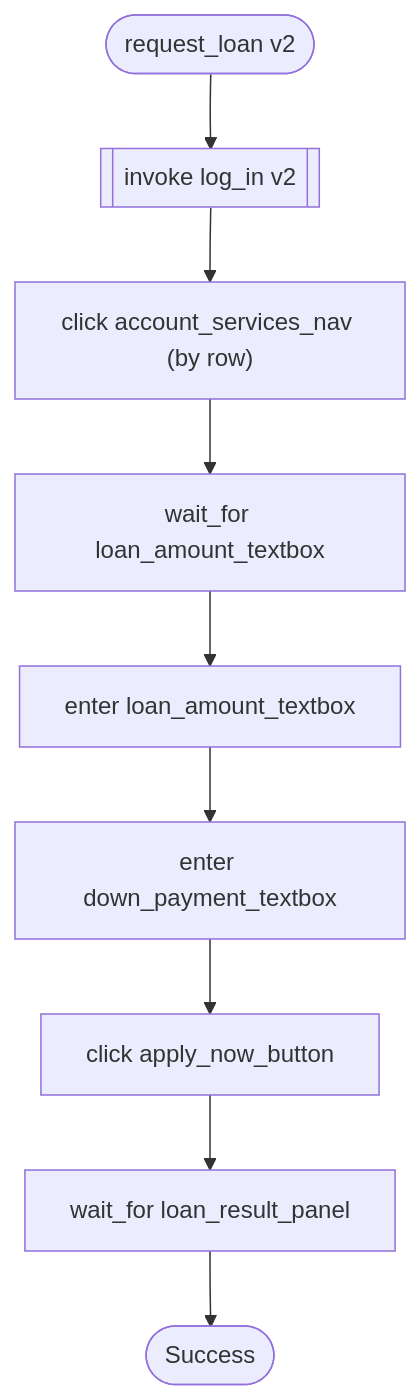
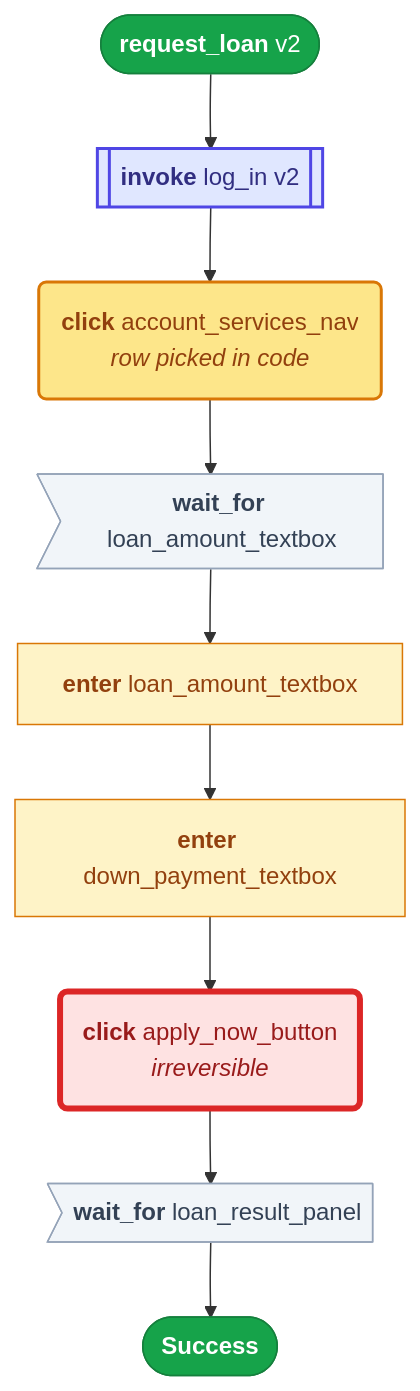
Before and after one commit to borisdev/ai_computer_use: the fourth of 5 diagrams in CAPABILITIES.md, drawn with Mermaid. The commit also changed other lines of this file and 4 other files, not shown here.

````diff
--- a/CAPABILITIES.md
+++ b/CAPABILITIES.md
@@ -134,20 +204,26 @@
 ```mermaid
 flowchart TD
-    start(["request_loan v2"])
-    n0[["invoke log_in v2"]]
+    start(["<b>request_loan</b> v2"]):::good
+    n0[["<b>invoke</b> log_in v2"]]:::invoke
     start --> n0
-    n1["click account_services_nav (by row)"]
+    n1("<b>click</b> account_services_nav<br/><i>row picked in code</i>"):::act
     n0 --> n1
-    n2["wait_for loan_amount_textbox"]
+    n2>"<b>wait_for</b> loan_amount_textbox"]:::look
     n1 --> n2
-    n3["enter loan_amount_textbox"]
+    n3["<b>enter</b> loan_amount_textbox"]:::write
     n2 --> n3
-    n4["enter down_payment_textbox"]
+    n4["<b>enter</b> down_payment_textbox"]:::write
     n3 --> n4
-    n5["click apply_now_button"]
+    n5("<b>click</b> apply_now_button<br/><i>irreversible</i>"):::risky
     n4 --> n5
-    n6["wait_for loan_result_panel"]
+    n6>"<b>wait_for</b> loan_result_panel"]:::look
     n5 --> n6
-    done(["Success"])
-    n6 --> done
+    ok(["<b>Success</b>"]):::good
+    n6 --> ok
+    classDef invoke fill:#e0e7ff,stroke:#4f46e5,stroke-width:2px,color:#312e81;
+    classDef write fill:#fef3c7,stroke:#d97706,color:#92400e;
+    classDef act fill:#fde68a,stroke:#d97706,stroke-width:2px,color:#92400e;
+    classDef risky fill:#fee2e2,stroke:#dc2626,stroke-width:4px,color:#991b1b;
+    classDef look fill:#f1f5f9,stroke:#94a3b8,color:#334155;
+    classDef good fill:#16a34a,stroke:#15803d,color:#ffffff;
 ```
````
